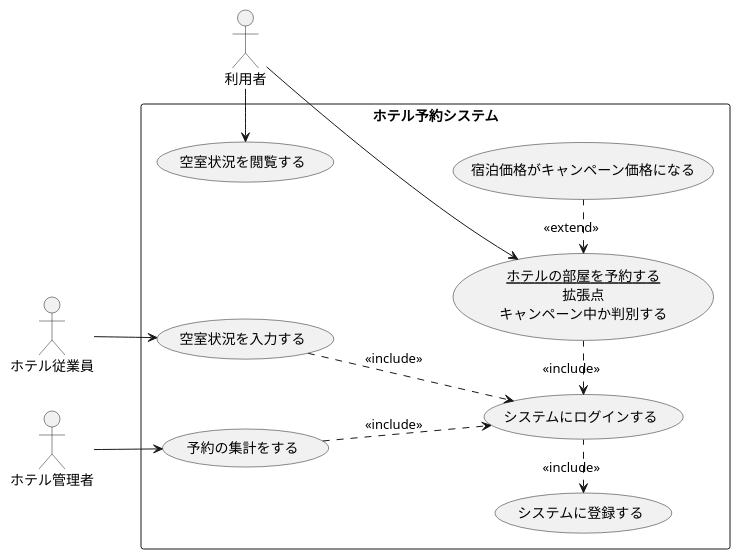
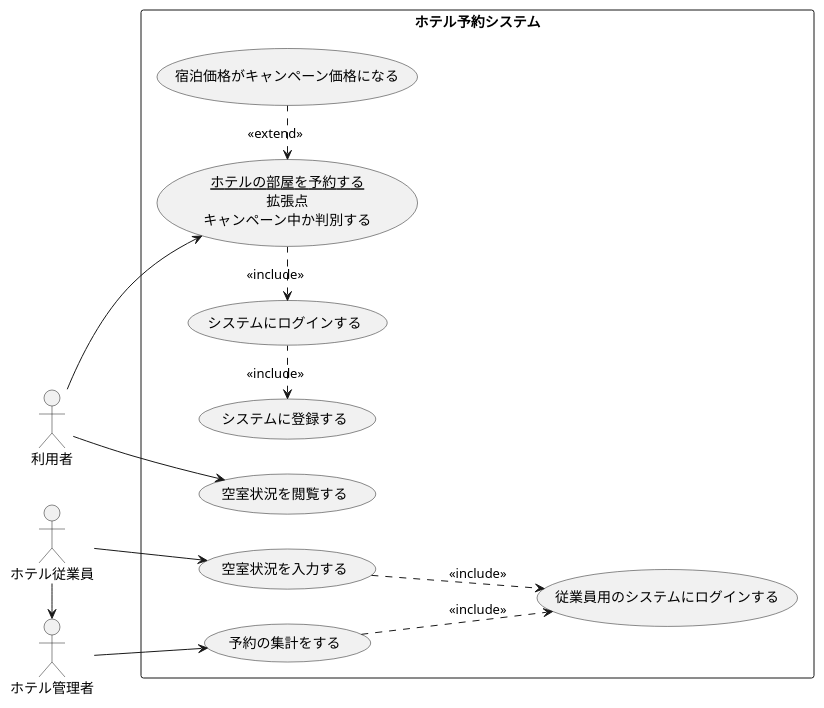
One commit to ponkotu1/uml-introduction changed the diagram in 演習2-8_UC_ホテル予約システム.pu. Above: the diagram before and after it, drawn with PlantUML. The commit also changed 1 other file, not shown here.

```diff
--- a/演習2-8_UC_ホテル予約システム.pu
+++ b/演習2-8_UC_ホテル予約システム.pu
@@ -1,24 +1,26 @@
 @startuml ホテル予約システム
 left to right direction
 actor 利用者
 actor ホテル従業員
 actor ホテル管理者
 rectangle ホテル予約システム{
 usecase 空室状況を閲覧する
 usecase 空室状況を入力する
 usecase 予約の集計をする
 usecase システムにログインする
+usecase 従業員用のシステムにログインする
 usecase システムに登録する
 usecase (<u>ホテルの部屋を予約する</u>\n拡張点\nキャンペーン中か判別する) as input
 usecase 宿泊価格がキャンペーン価格になる
 }
+ホテル従業員 ->ホテル管理者 
 input <. (宿泊価格がキャンペーン価格になる) : <<extend>>
 システムにログインする <. input : << include >>
 input <-left- 利用者
 システムに登録する <. システムにログインする : <<include>>
-利用者 -right-> 空室状況を閲覧する
+利用者 --> 空室状況を閲覧する
 ホテル従業員 --> 空室状況を入力する 
 ホテル管理者 --> 予約の集計をする
-空室状況を入力する ..> システムにログインする : <<include>>
-予約の集計をする ..> システムにログインする : <<include>>
+空室状況を入力する ..> 従業員用のシステムにログインする : <<include>>
+予約の集計をする ..> 従業員用のシステムにログインする : <<include>>
 @enduml
```
